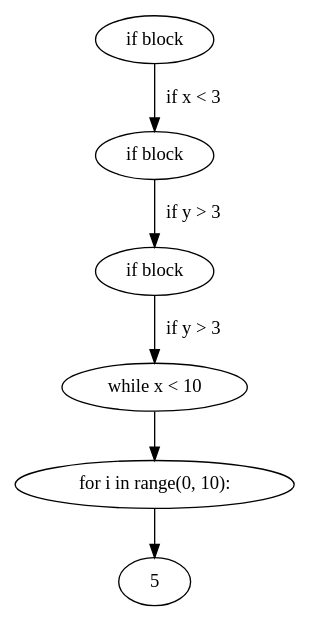
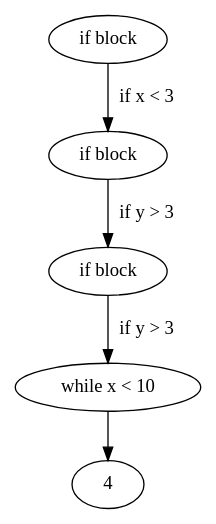
One commit to JoshuaDauber/EECE2140-Final-Project changed the diagram in graph.gv. Above: the diagram before and after it, drawn with Graphviz. The commit also changed 11 other files, not shown here.

```diff
--- a/graph.gv
+++ b/graph.gv
@@ -1,13 +1,10 @@
 digraph G {
 	0 [label="if block"]
 	0 -> 1 [label=" if x < 3"]
 	1 [label="if block"]
 	1 -> 2 [label=" if y > 3"]
 	2 [label="if block"]
 	2 -> 3 [label=" if y > 3"]
 	3 [label="while x < 10"]
 	3 -> 4
-	4 [label="for i in range(0, 10):
-"]
-	4 -> 5
 }
```
